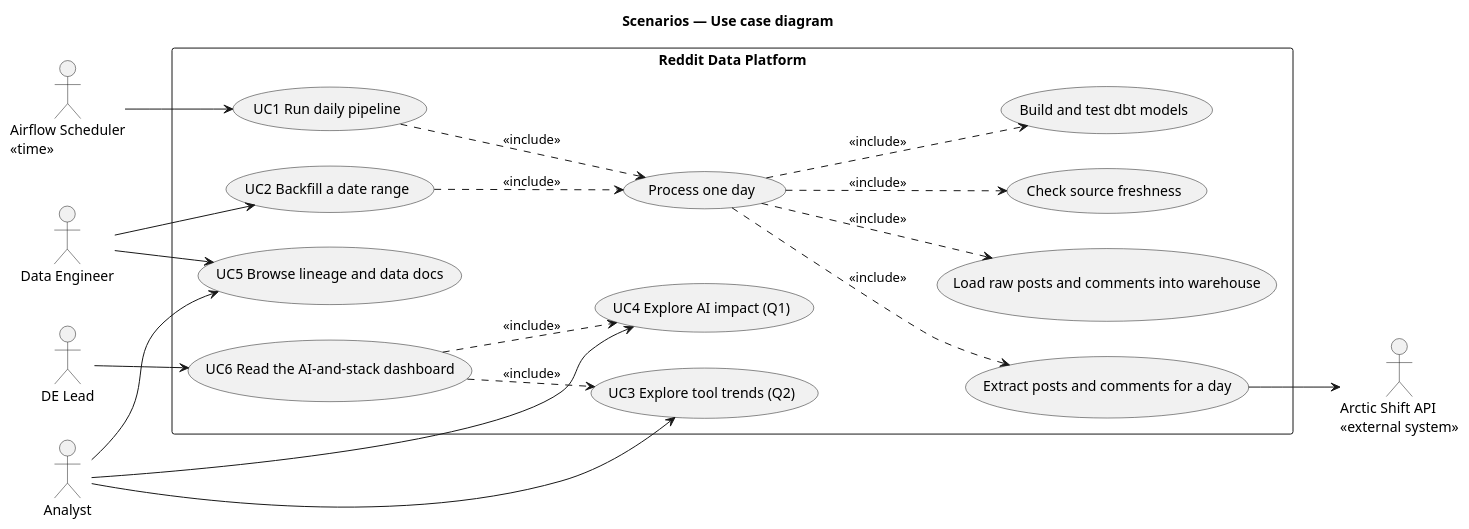
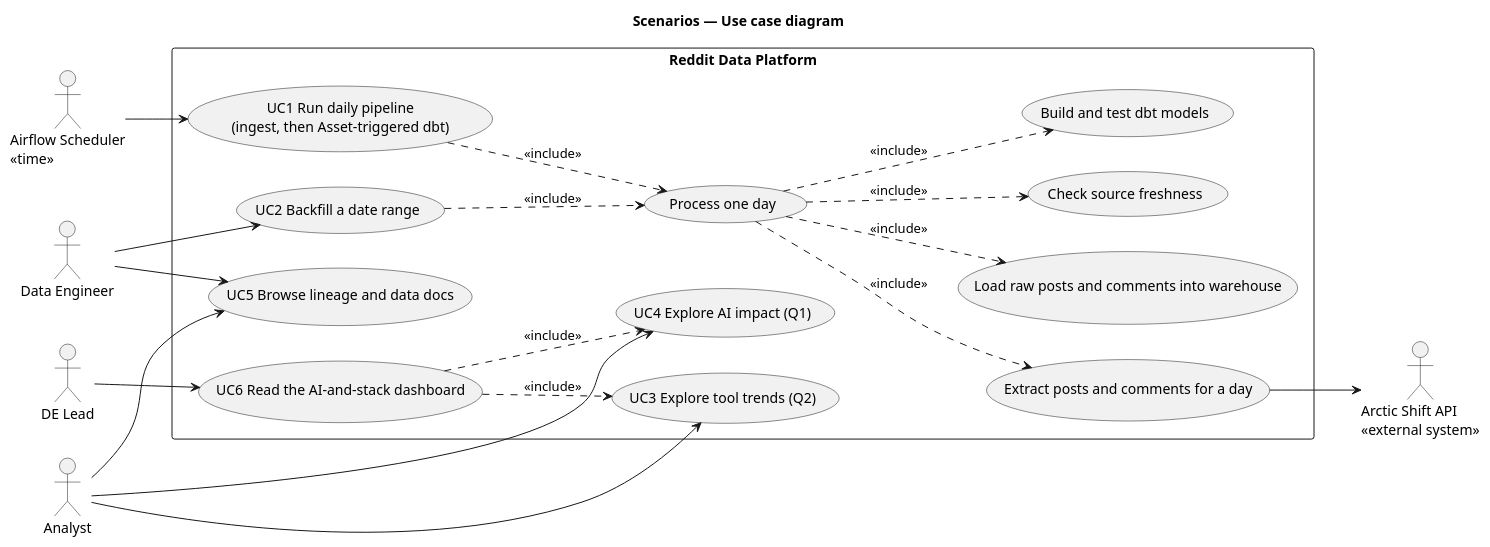
The diagram in docs/architecture/diagrams/use-case.puml (modsomjeed/reddit-dataeng), drawn with PlantUML before and after one commit. The commit also changed 9 other files, not shown here.

Commit message:
docs(architecture): show ingestion and dbt as asset-linked dags

```diff
--- a/docs/architecture/diagrams/use-case.puml
+++ b/docs/architecture/diagrams/use-case.puml
@@ -1,45 +1,45 @@
 @startuml use-case
 title Scenarios — Use case diagram
 left to right direction
 skinparam packageStyle rectangle
 skinparam shadowing false
 
 actor "Data Engineer" as de
 actor "Analyst" as analyst
 actor "DE Lead" as lead
 actor "Airflow Scheduler\n<<time>>" as scheduler
 actor "Arctic Shift API\n<<external system>>" as arctic
 
 rectangle "Reddit Data Platform" {
-  usecase "UC1 Run daily pipeline" as uc1
+  usecase "UC1 Run daily pipeline\n(ingest, then Asset-triggered dbt)" as uc1
   usecase "UC2 Backfill a date range" as uc2
   usecase "Process one day" as ucDay
   usecase "Extract posts and comments for a day" as ucExtract
   usecase "Load raw posts and comments into warehouse" as ucLoad
   usecase "Check source freshness" as ucFresh
   usecase "Build and test dbt models" as ucBuild
   usecase "UC3 Explore tool trends (Q2)" as uc3
   usecase "UC4 Explore AI impact (Q1)" as uc4
   usecase "UC5 Browse lineage and data docs" as uc5
   usecase "UC6 Read the AI-and-stack dashboard" as uc6
 }
 
 scheduler --> uc1
 de --> uc2
 de --> uc5
 analyst --> uc3
 analyst --> uc4
 analyst --> uc5
 lead --> uc6
 
 uc1 ..> ucDay : <<include>>
 uc2 ..> ucDay : <<include>>
 ucDay ..> ucExtract : <<include>>
 ucDay ..> ucLoad : <<include>>
 ucDay ..> ucFresh : <<include>>
 ucDay ..> ucBuild : <<include>>
 
 ucExtract --> arctic
 uc6 ..> uc3 : <<include>>
 uc6 ..> uc4 : <<include>>
 @enduml
```
